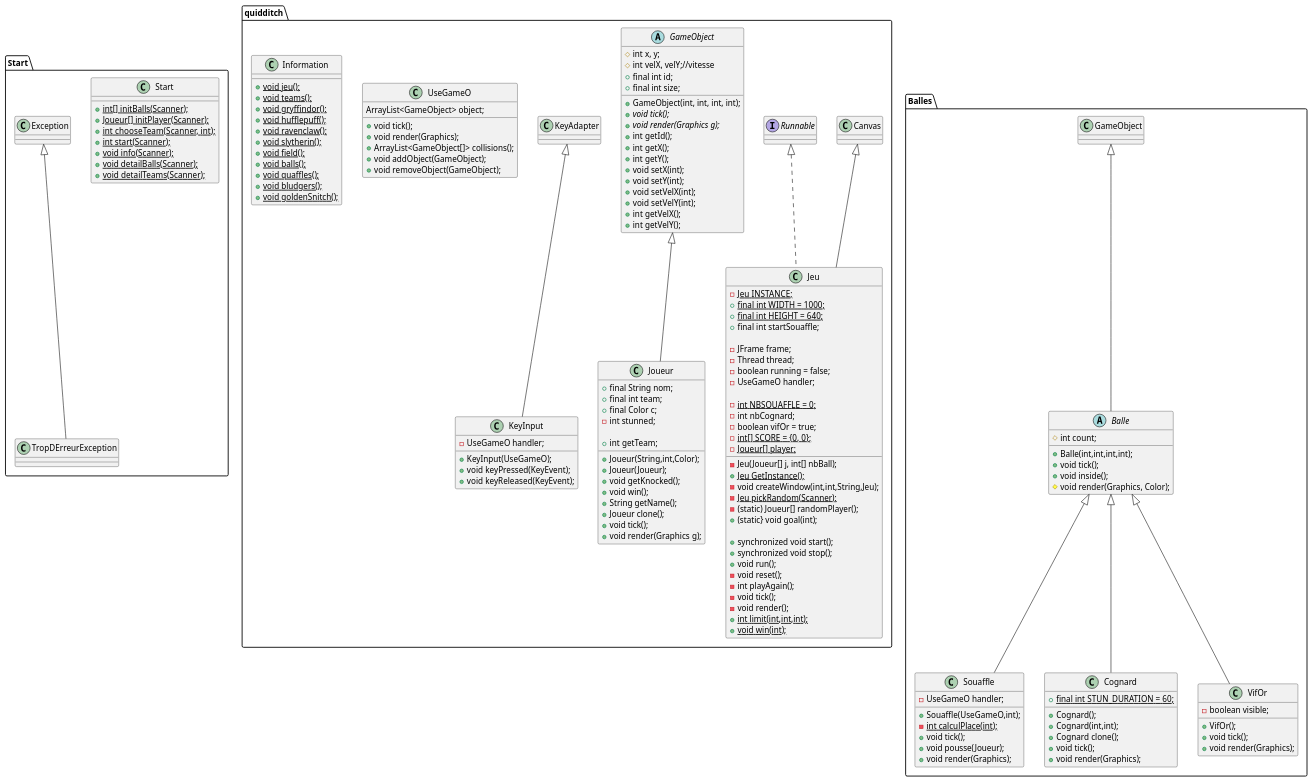
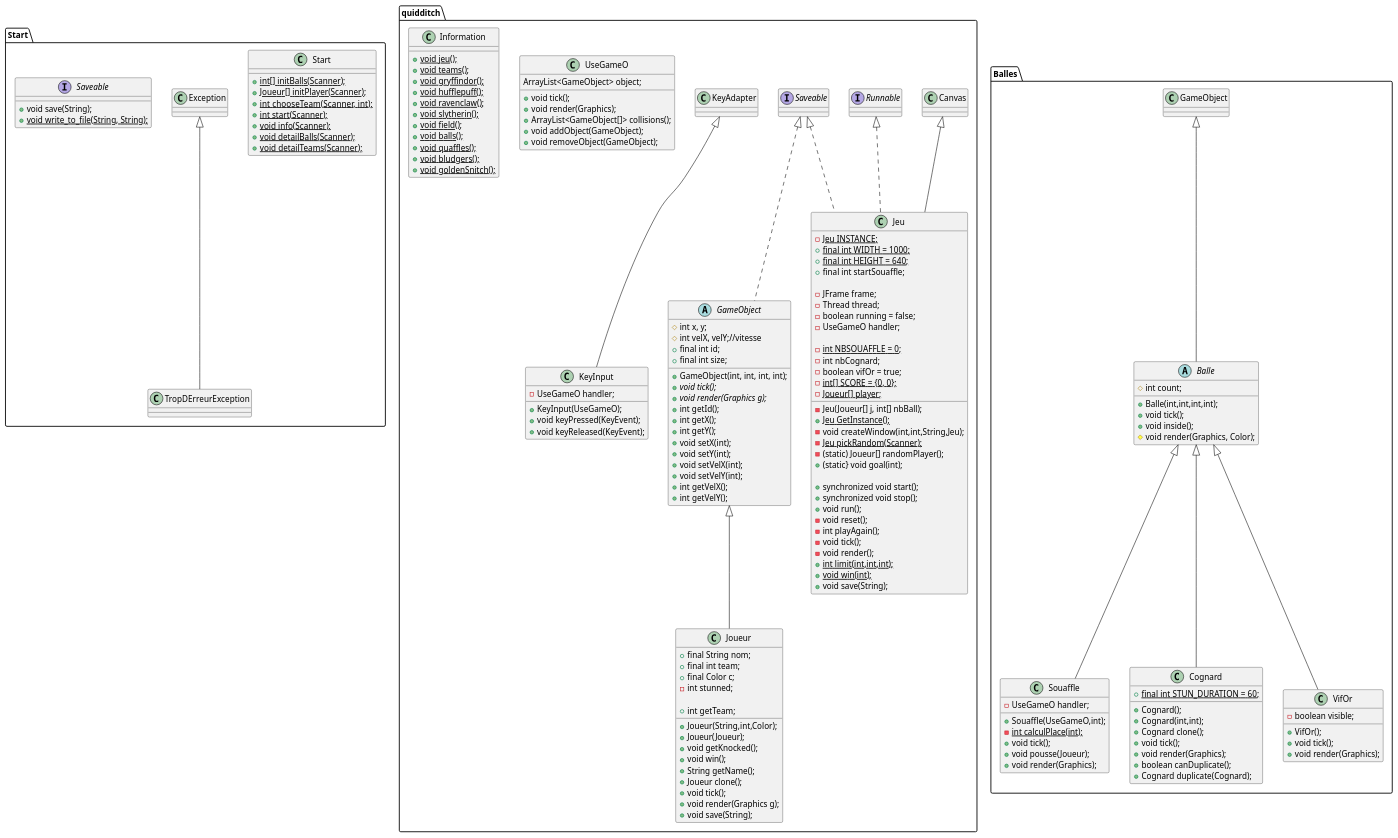
One commit to Cyren4/ProjetJava changed the diagram in ProjetS1/README.md. Above: the diagram before and after it, drawn with PlantUML. The commit also changed other lines of this file, not shown here.

```diff
--- a/ProjetS1/README.md
+++ b/ProjetS1/README.md
@@ -68,11 +68,16 @@
 }
 
 Class TropDErreurException extends Exception{}
+
+interface Saveable{
++void save(String);
++{static} void write_to_file(String, String);
+}
 }
 
 package "quidditch"{
 
-Class Jeu extends Canvas implements Runnable {
+Class Jeu extends Canvas implements Runnable,Saveable {
 - {static} Jeu INSTANCE;
 +{static} final int WIDTH = 1000; 
 +{static} final int HEIGHT = 640;
@@ -105,9 +110,11 @@
 -void render();
 +{static} int limit(int,int,int);
 +{static} void win(int);
++void save(String);
 }
 
-abstract class GameObject {
+
+abstract class GameObject implements Saveable{
 # int x, y;
 # int velX, velY;//vitesse
 + final int id;
@@ -142,6 +149,7 @@
 +Joueur clone();
 +void tick();
 +void render(Graphics g);
++void save(String);
 }
 
 class KeyInput extends KeyAdapter{
@@ -207,6 +215,8 @@
 +Cognard clone();
 +void tick();
 +void render(Graphics);
++boolean canDuplicate();
++Cognard duplicate(Cognard);
 }
 
 class VifOr extends Balle{
```
